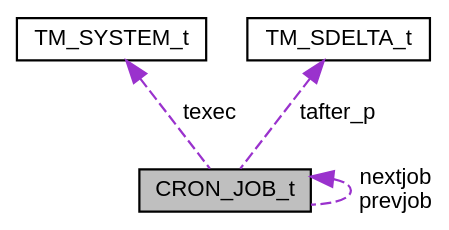
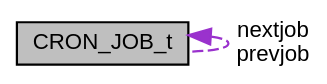
Before and after one commit to ebs-universe/piolib-time: the diagram in struct_c_r_o_n___j_o_b__t__coll__graph.dot, drawn with Graphviz. The commit also changed 90 other files, not shown here.

```diff
--- a/struct_c_r_o_n___j_o_b__t__coll__graph.dot
+++ b/struct_c_r_o_n___j_o_b__t__coll__graph.dot
@@ -1,14 +1,10 @@
 digraph "CRON_JOB_t"
 {
  // INTERACTIVE_SVG=YES
  // LATEX_PDF_SIZE
   bgcolor="transparent";
   edge [fontname="Helvetica",fontsize="10",labelfontname="Helvetica",labelfontsize="10"];
   node [fontname="Helvetica",fontsize="10",shape=record];
   Node1 [label="CRON_JOB_t",height=0.2,width=0.4,color="black", fillcolor="grey75", style="filled", fontcolor="black",tooltip=" "];
   Node1 -> Node1 [dir="back",color="darkorchid3",fontsize="10",style="dashed",label=" nextjob\nprevjob" ,fontname="Helvetica"];
-  Node2 -> Node1 [dir="back",color="darkorchid3",fontsize="10",style="dashed",label=" texec" ,fontname="Helvetica"];
-  Node2 [label="TM_SYSTEM_t",height=0.2,width=0.4,color="black",URL="$struct_t_m___s_y_s_t_e_m__t.html",tooltip="System Time Storage Type."];
-  Node3 -> Node1 [dir="back",color="darkorchid3",fontsize="10",style="dashed",label=" tafter_p" ,fontname="Helvetica"];
-  Node3 [label="TM_SDELTA_t",height=0.2,width=0.4,color="black",URL="$struct_t_m___s_d_e_l_t_a__t.html",tooltip="System Timedelta Storage Type."];
 }
```
